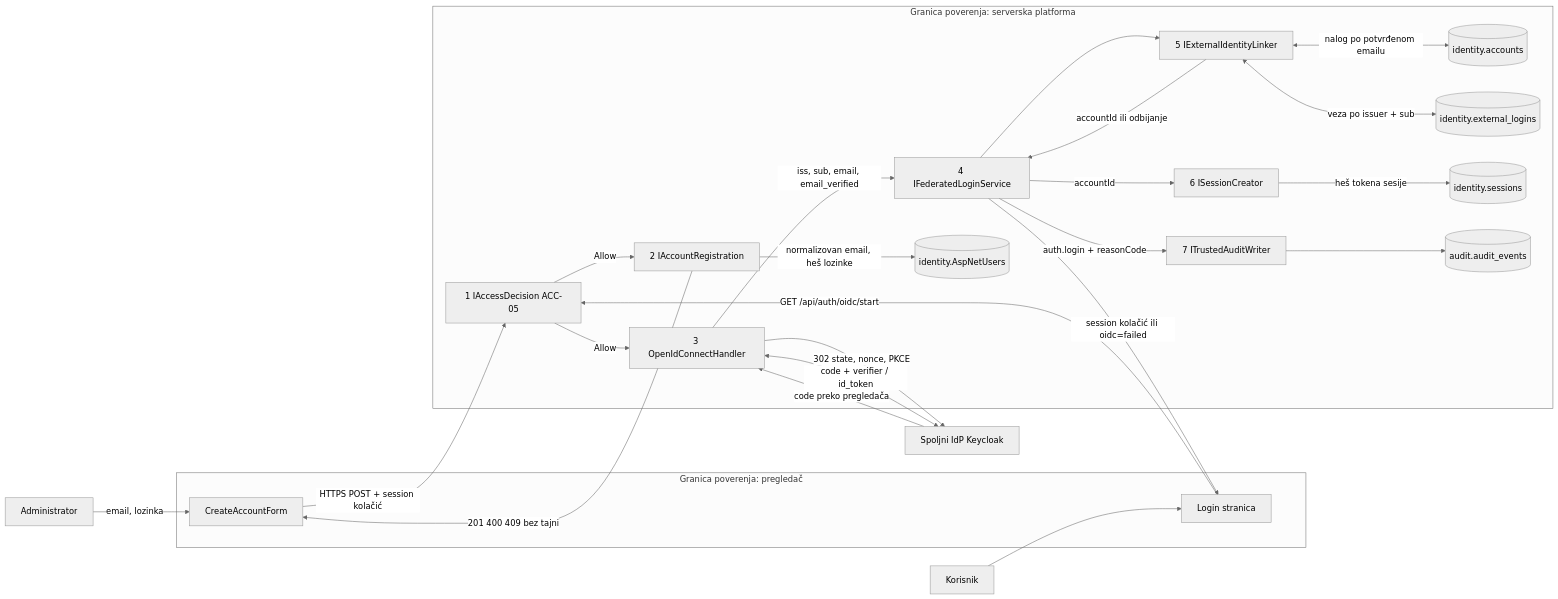
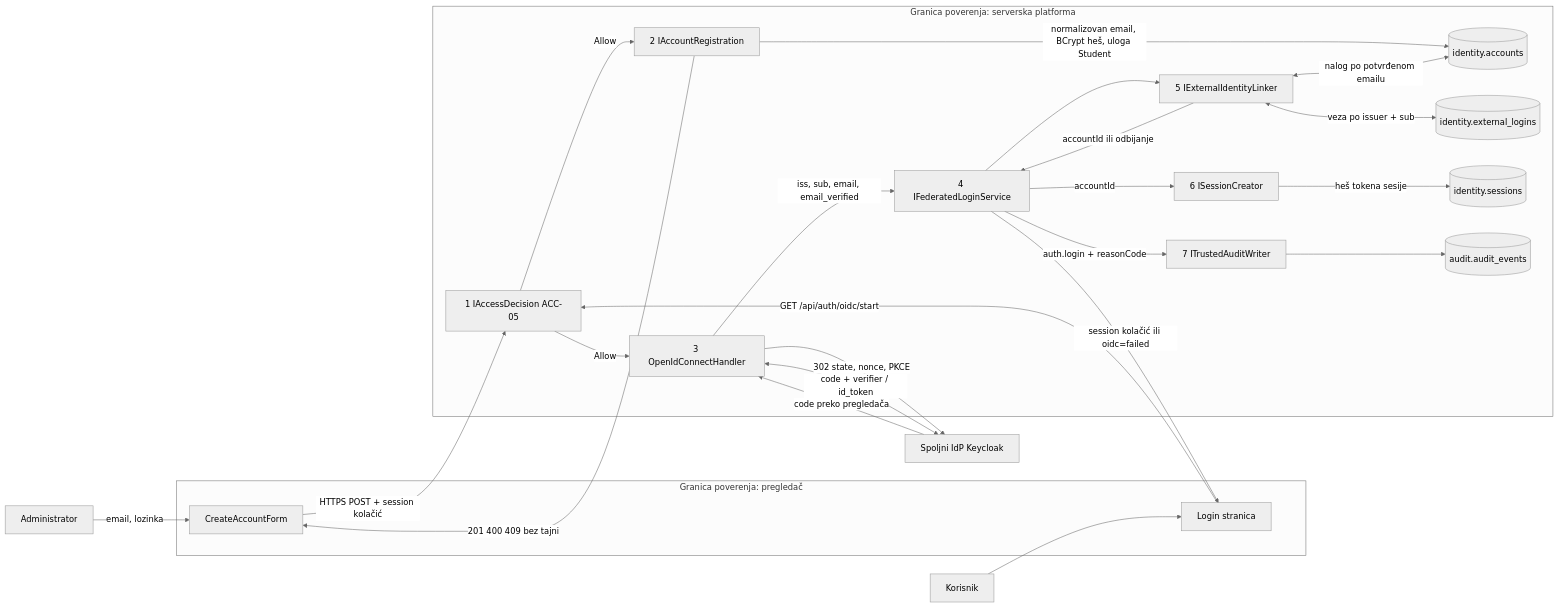
The second of 2 diagrams in docs/components/identity/IDN-01-IDN-08.md (owlCoder/security-lab), drawn with Mermaid (neutral theme) before and after one commit. The commit also changed other lines of this file, not shown here.

````diff
--- a/docs/components/identity/IDN-01-IDN-08.md
+++ b/docs/components/identity/IDN-01-IDN-08.md
@@ -134,45 +137,44 @@
 ```mermaid
 flowchart LR
   ADMIN[Administrator]
   USER[Korisnik]
   IDP[Spoljni IdP Keycloak]
 
   subgraph CLIENT["Granica poverenja: pregledač"]
     FORM[CreateAccountForm]
     PAGE[Login stranica]
   end
 
   subgraph SERVER["Granica poverenja: serverska platforma"]
     P1[1 IAccessDecision ACC-05]
     P2[2 IAccountRegistration]
     P3[3 OpenIdConnectHandler]
     P4[4 IFederatedLoginService]
     P5[5 IExternalIdentityLinker]
     P6[6 ISessionCreator]
     P7[7 ITrustedAuditWriter]
-    D1[(identity.AspNetUsers)]
     D2[(identity.accounts)]
     D3[(identity.external_logins)]
     D4[(identity.sessions)]
     D5[(audit.audit_events)]
   end
 
   ADMIN -->|email, lozinka| FORM -->|HTTPS POST + session kolačić| P1
   P1 -->|Allow| P2
-  P2 -->|normalizovan email, heš lozinke| D1
+  P2 -->|normalizovan email, BCrypt heš, uloga Student| D2
   P2 -->|201 400 409 bez tajni| FORM
 
   USER --> PAGE -->|GET /api/auth/oidc/start| P1
   P1 -->|Allow| P3
   P3 -->|302 state, nonce, PKCE| IDP
   IDP -->|code preko pregledača| P3
   P3 <-->|code + verifier / id_token| IDP
   P3 -->|iss, sub, email, email_verified| P4
   P4 --> P5
   P5 <-->|veza po issuer + sub| D3
   P5 <-->|nalog po potvrđenom emailu| D2
   P5 -->|accountId ili odbijanje| P4
   P4 -->|accountId| P6 -->|heš tokena sesije| D4
   P4 -->|auth.login + reasonCode| P7 --> D5
   P4 -->|session kolačić ili oidc=failed| PAGE
 ```
````
